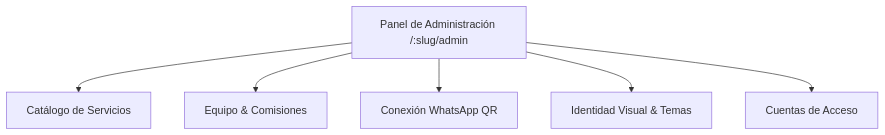
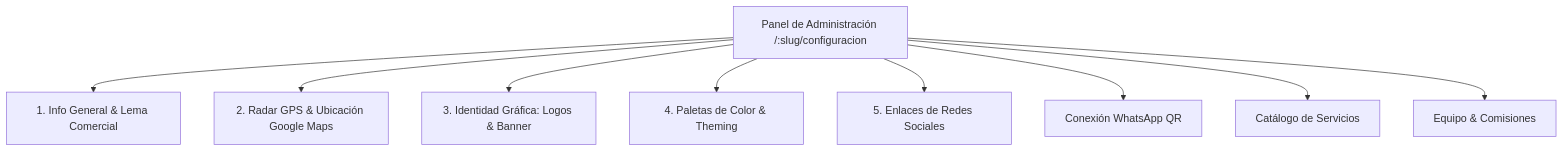
Before and after one commit to dfelipe7/Barberia-Backend: the fourth of 5 diagrams in docs/MANUAL_DE_USUARIO.md, drawn with Mermaid. The commit also changed other lines of this file, not shown here.

````diff
--- a/docs/MANUAL_DE_USUARIO.md
+++ b/docs/MANUAL_DE_USUARIO.md
@@ -210,8 +301,11 @@
 ```mermaid
 graph TD
-    AdminPanel[Panel de Administración /:slug/admin] --> ModServicios[Catálogo de Servicios]
-    AdminPanel --> ModBarberos[Equipo & Comisiones]
-    AdminPanel --> ModWhatsApp[Conexión WhatsApp QR]
-    AdminPanel --> ModMarca[Identidad Visual & Temas]
-    AdminPanel --> ModUsuarios[Cuentas de Acceso]
+    AdminPanel["Panel de Administración /:slug/configuracion"] --> ModInfo["1. Info General & Lema Comercial"]
+    AdminPanel --> ModGPS["2. Radar GPS & Ubicación Google Maps"]
+    AdminPanel --> ModGrafica["3. Identidad Gráfica: Logos & Banner"]
+    AdminPanel --> ModTemas["4. Paletas de Color & Theming"]
+    AdminPanel --> ModRedes["5. Enlaces de Redes Sociales"]
+    AdminPanel --> ModWhatsApp["Conexión WhatsApp QR"]
+    AdminPanel --> ModServicios["Catálogo de Servicios"]
+    AdminPanel --> ModBarberos["Equipo & Comisiones"]
 ```
````
